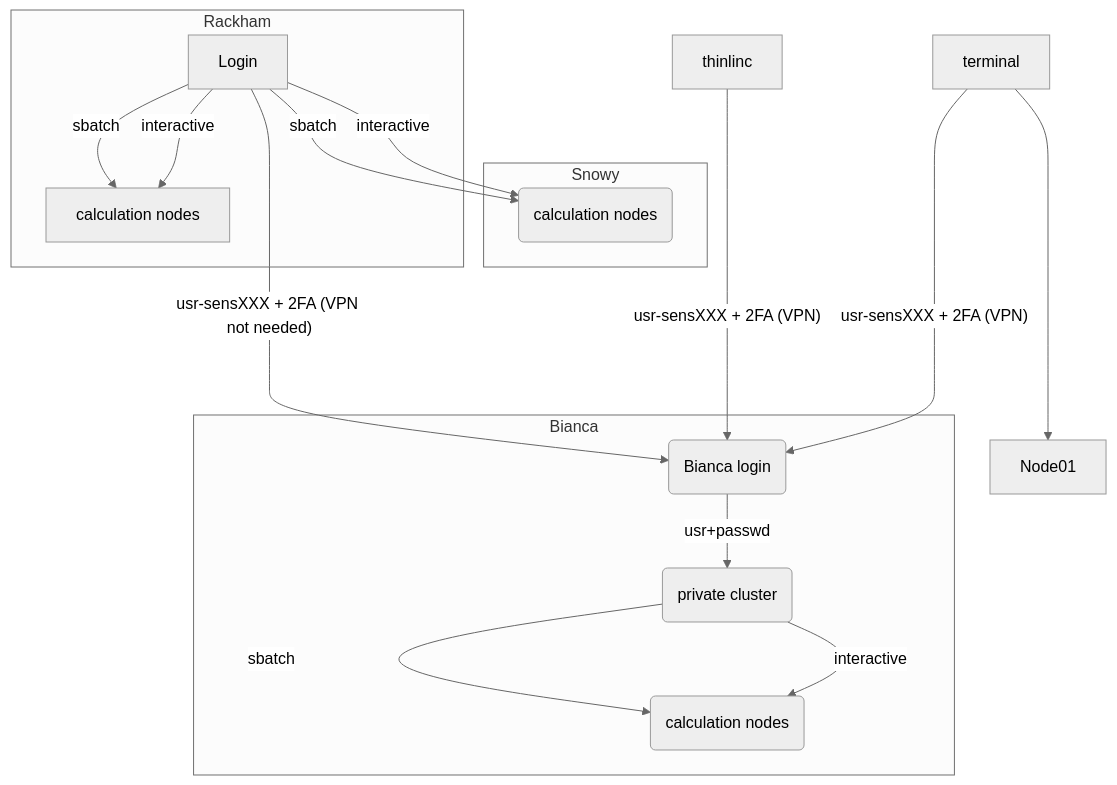
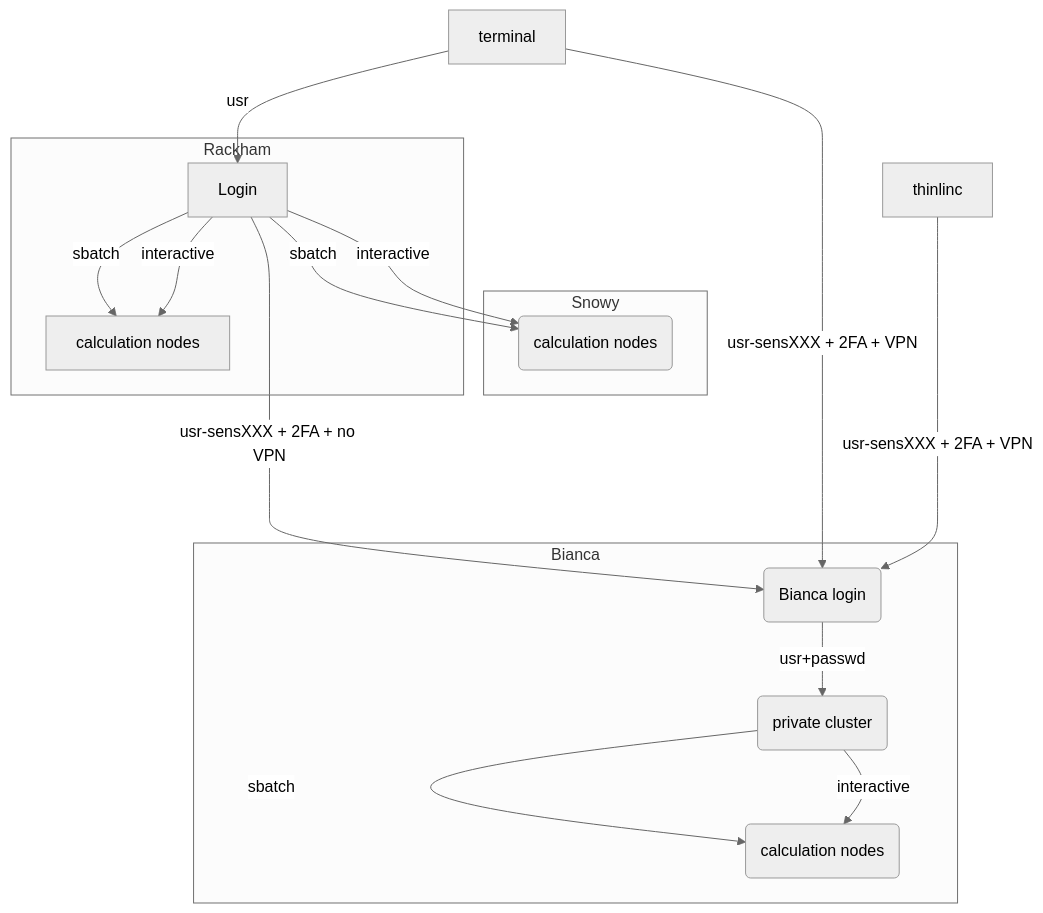
Before and after one commit to UPPMAX/uppmax4DL: the diagram in docs/overview.md, drawn with Mermaid (neutral theme).

````diff
--- a/docs/overview.md
+++ b/docs/overview.md
@@ -82,25 +82,26 @@
 ```mermaid
 
   graph TB
 
   Node1 -- interactive --> SubGraph2Flow
   Node1 -- sbatch --> SubGraph2Flow
   subgraph "Snowy"
   SubGraph2Flow(calculation nodes) 
         end
 
-        terminal ----> Node01
-        terminal -- usr-sensXXX + 2FA (VPN) ----> SubGraph1Flow
-        thinlinc -- usr-sensXXX + 2FA (VPN) ----> SubGraph1Flow
-        Node1 -- usr-sensXXX + 2FA (VPN not needed) ----> SubGraph1Flow
+        thinlinc -- usr-sensXXX + 2FA + VPN ----> SubGraph1Flow
+        terminal -- usr --> Node1
+        terminal -- usr-sensXXX + 2FA + VPN ----> SubGraph1Flow
+        Node1 -- usr-sensXXX + 2FA + no VPN ----> SubGraph1Flow
+        
         subgraph "Bianca"
         SubGraph1Flow(Bianca login) -- usr+passwd --> private(private cluster)
         private -- interactive --> calcB(calculation nodes)
         private -- sbatch --> calcB
         end
 
         subgraph "Rackham"
         Node1[Login] -- interactive --> Node2[calculation nodes]
         Node1 -- sbatch --> Node2
         end
 ```
````
